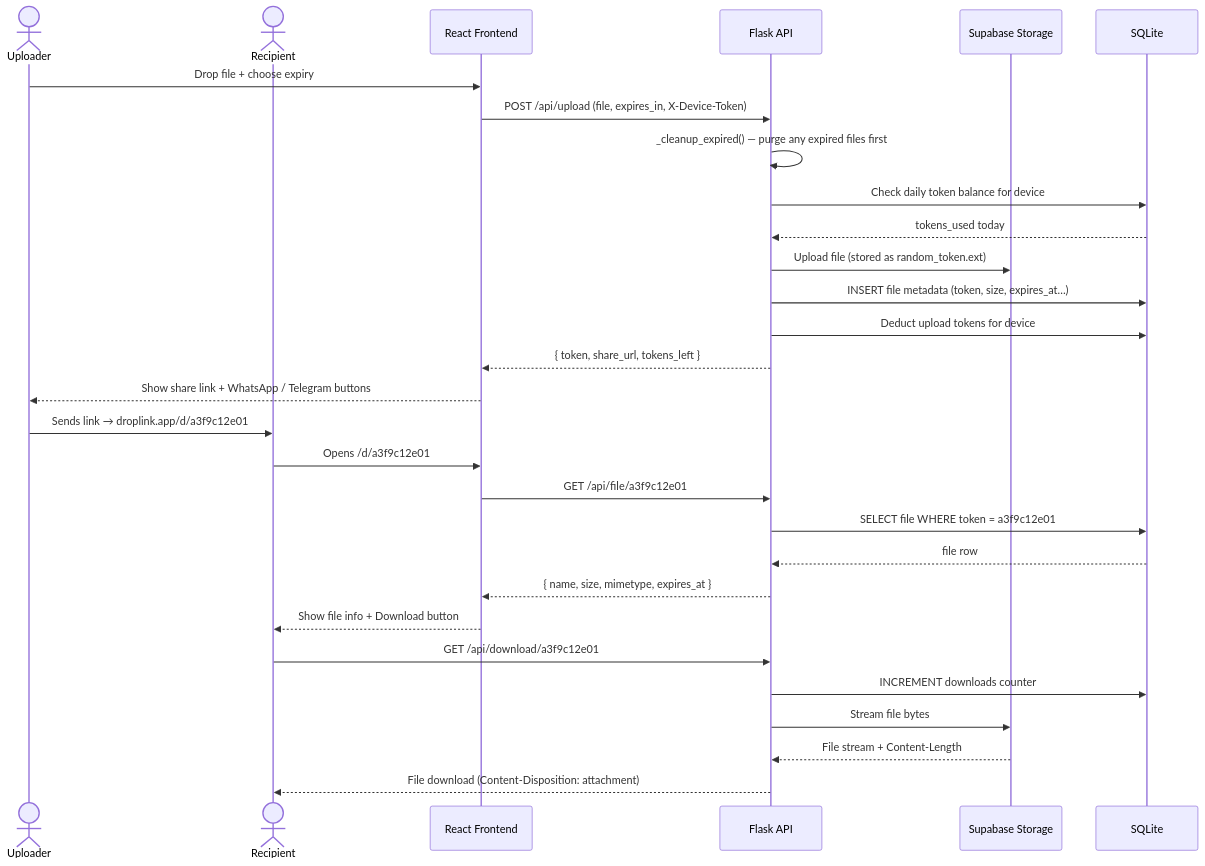
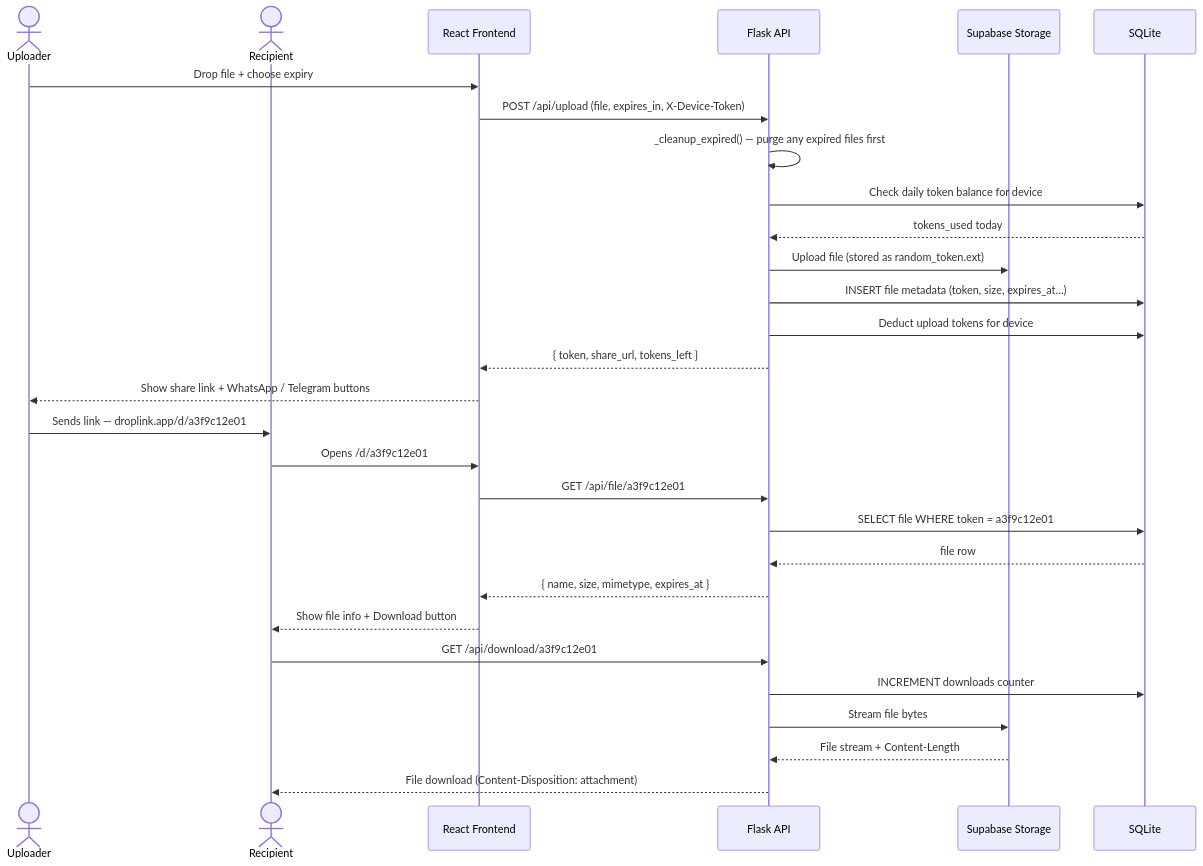
One commit to mbhuvan898/DropLink changed the second of 3 diagrams in README.md. Above: the diagram before and after it, drawn with Mermaid. The commit also changed other lines of this file, not shown here.

First line of the commit message:
fix: correct Mermaid diagram rendering in README

````diff
--- a/README.md
+++ b/README.md
@@ -110,35 +110,35 @@
 ```mermaid
 sequenceDiagram
     actor U as Uploader
     actor R as Recipient
     participant FE as React Frontend
     participant BE as Flask API
     participant SB as Supabase Storage
     participant DB as SQLite
 
     U->>FE: Drop file + choose expiry
     FE->>BE: POST /api/upload (file, expires_in, X-Device-Token)
     BE->>BE: _cleanup_expired() — purge any expired files first
     BE->>DB: Check daily token balance for device
     DB-->>BE: tokens_used today
     BE->>SB: Upload file (stored as random_token.ext)
     BE->>DB: INSERT file metadata (token, size, expires_at…)
     BE->>DB: Deduct upload tokens for device
     BE-->>FE: { token, share_url, tokens_left }
     FE-->>U: Show share link + WhatsApp / Telegram buttons
 
-    U->>R: Sends link  →  droplink.app/d/a3f9c12e01
+    U->>R: Sends link — droplink.app/d/a3f9c12e01
 
     R->>FE: Opens /d/a3f9c12e01
     FE->>BE: GET /api/file/a3f9c12e01
     BE->>DB: SELECT file WHERE token = a3f9c12e01
     DB-->>BE: file row
     BE-->>FE: { name, size, mimetype, expires_at }
     FE-->>R: Show file info + Download button
 
     R->>BE: GET /api/download/a3f9c12e01
     BE->>DB: INCREMENT downloads counter
     BE->>SB: Stream file bytes
     SB-->>BE: File stream + Content-Length
     BE-->>R: File download (Content-Disposition: attachment)
 ```
````
